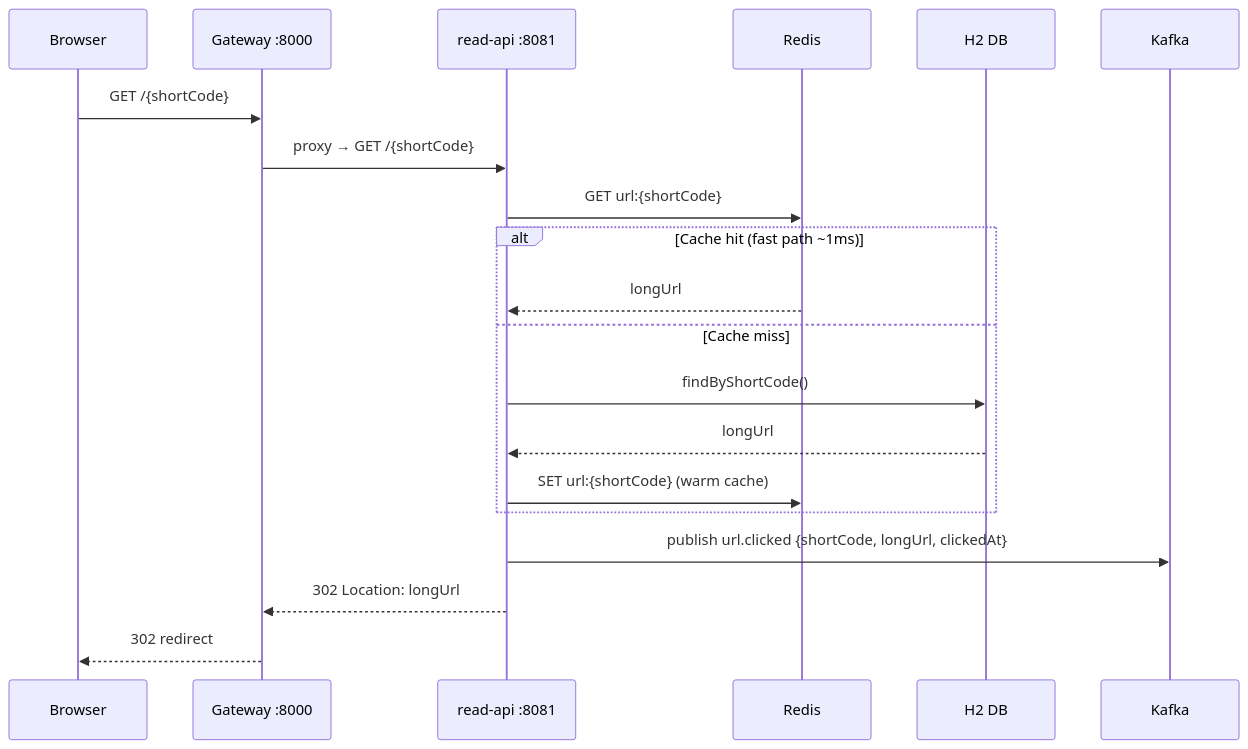
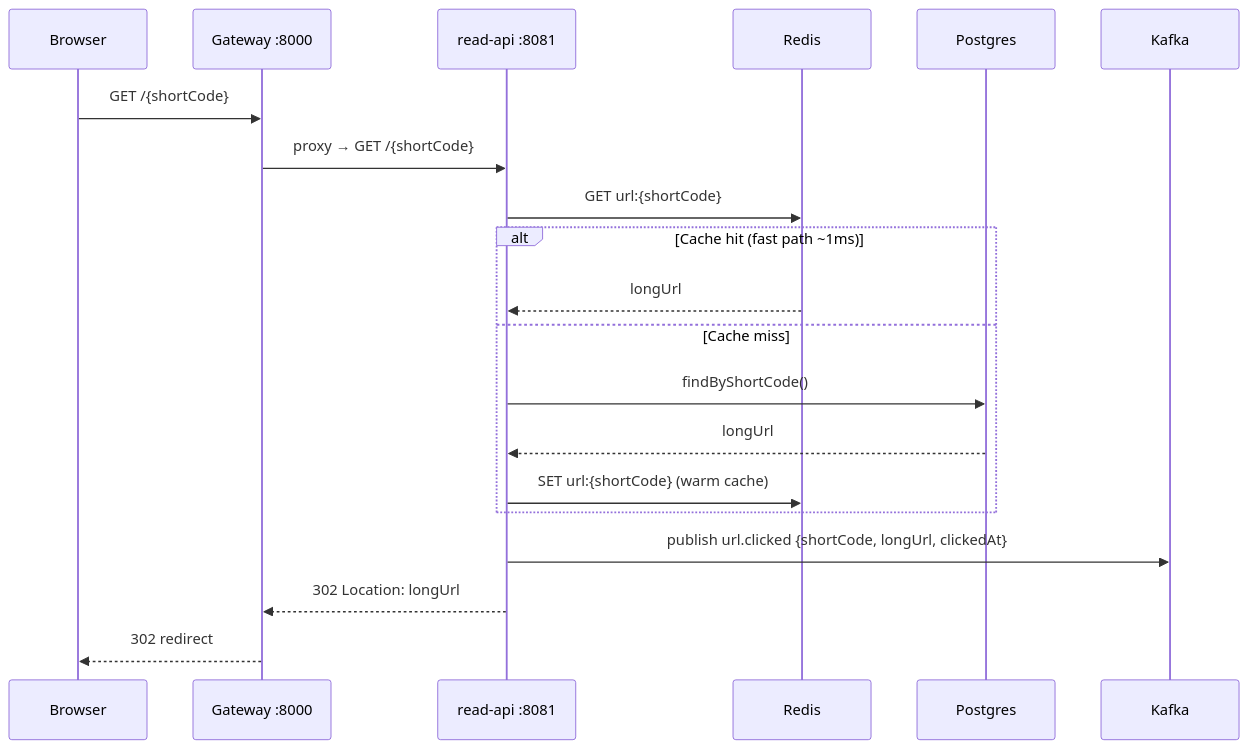
Before and after one commit to hemantkgupta/url-shortener-java: the third of 6 diagrams in docs/architecture.md, drawn with Mermaid. The commit also changed other lines of this file and 5 other files, not shown here.

First line of the commit message:
docs: update tech-spec, architecture, local-dev to reflect PostgreSQL + key-gen-service [wiki:update]

````diff
--- a/docs/architecture.md
+++ b/docs/architecture.md
@@ -110,23 +111,23 @@
 ```mermaid
 sequenceDiagram
     participant B as Browser
     participant G as Gateway :8000
     participant RA as read-api :8081
     participant R as Redis
-    participant DB as H2 DB
+    participant DB as Postgres
     participant K as Kafka
 
     B->>G: GET /{shortCode}
     G->>RA: proxy → GET /{shortCode}
     RA->>R: GET url:{shortCode}
     alt Cache hit (fast path ~1ms)
         R-->>RA: longUrl
     else Cache miss
         RA->>DB: findByShortCode()
         DB-->>RA: longUrl
         RA->>R: SET url:{shortCode} (warm cache)
     end
     RA->>K: publish url.clicked {shortCode, longUrl, clickedAt}
     RA-->>G: 302 Location: longUrl
     G-->>B: 302 redirect
 ```
````
